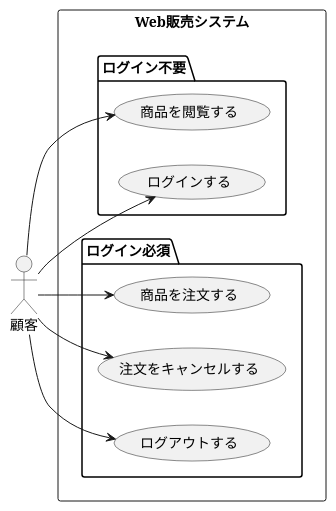
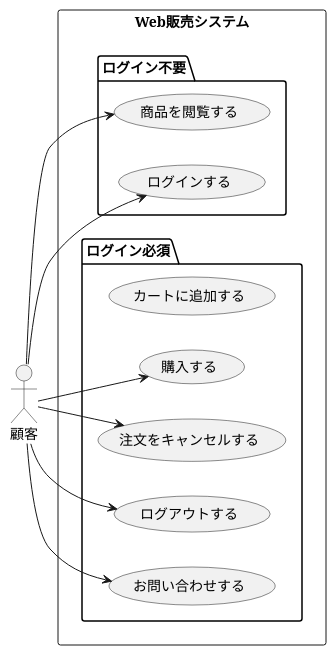
Before and after one commit to ko246/ohara_uml: the diagram in group/3-3_総合演習1_BBショップ注文管理システム/ユースケース図/usecase_web.pu, drawn with PlantUML. The commit also changed 5 other files, not shown here.

```diff
--- a/group/3-3_総合演習1_BBショップ注文管理システム/ユースケース図/usecase_web.pu
+++ b/group/3-3_総合演習1_BBショップ注文管理システム/ユースケース図/usecase_web.pu
@@ -1,26 +1,29 @@
 @startuml Web販売システム
 left to right direction
 
 actor 顧客
 
 rectangle Web販売システム {
   
   package "ログイン不要" {
     usecase "商品を閲覧する" as UC_Browse
     usecase "ログインする" as UC_Login
   }
 
   package "ログイン必須" {
-    usecase "商品を注文する" as UC_Order
+    usecase "カートに追加する" as UC_AddToCart
+    usecase "購入する" as UC_Order
     usecase "注文をキャンセルする" as UC_Cancel
     usecase "ログアウトする" as UC_Logout
+    usecase "お問い合わせする" as UC_Inquiry
   }
 }
 
 顧客 --> UC_Browse
 顧客 --> UC_Login
 顧客 --> UC_Logout
 顧客 --> UC_Order
 顧客 --> UC_Cancel
+顧客 --> UC_Inquiry
 
 @enduml
```
